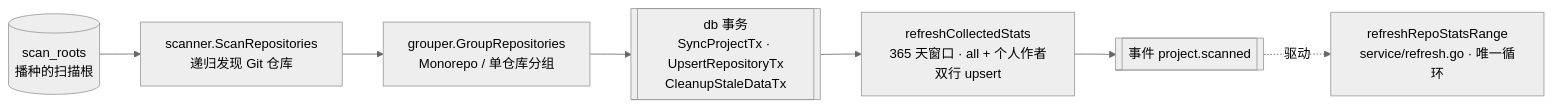
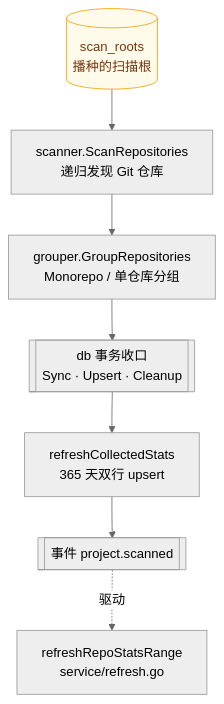
One commit to sky-jiangcheng/RepoNest changed the second of 4 diagrams in docs/architecture.md. Above: the diagram before and after it, drawn with Mermaid (neutral theme). The commit also changed other lines of this file and 14 other files, not shown here.

First line of the commit message:
docs(diagrams): 全站 mermaid 图重构 — 告别'宽扁香肠'布局

````diff
--- a/docs/architecture.md
+++ b/docs/architecture.md
@@ -39,10 +39,11 @@
 ```mermaid
-flowchart LR
-    ROOTS[(scan_roots<br/>播种的扫描根)] --> SCAN[scanner.ScanRepositories<br/>递归发现 Git 仓库]
-    SCAN --> GROUP[grouper.GroupRepositories<br/>Monorepo / 单仓库分组]
-    GROUP --> TX[["db 事务<br/>SyncProjectTx · UpsertRepositoryTx<br/>CleanupStaleDataTx"]]
-    TX --> STATS[refreshCollectedStats<br/>365 天窗口 · all + 个人作者双行 upsert]
+flowchart TB
+    ROOTS[("scan_roots<br/>播种的扫描根")] --> SCAN["scanner.ScanRepositories<br/>递归发现 Git 仓库"]
+    SCAN --> GROUP["grouper.GroupRepositories<br/>Monorepo / 单仓库分组"]
+    GROUP --> TX[["db 事务收口<br/>Sync · Upsert · Cleanup"]]
+    TX --> STATS["refreshCollectedStats<br/>365 天双行 upsert"]
     STATS --> EVT[["事件 project.scanned"]]
-    EVT -. 驱动 .-> REFRESH
-    REFRESH[refreshRepoStatsRange<br/>service/refresh.go · 唯一循环]
+    EVT -.->|"驱动"| REFRESH["refreshRepoStatsRange<br/>service/refresh.go"]
+        classDef store fill:#fffbeb,stroke:#f59e0b,color:#78350f
+    class ROOTS store
 ```
````
